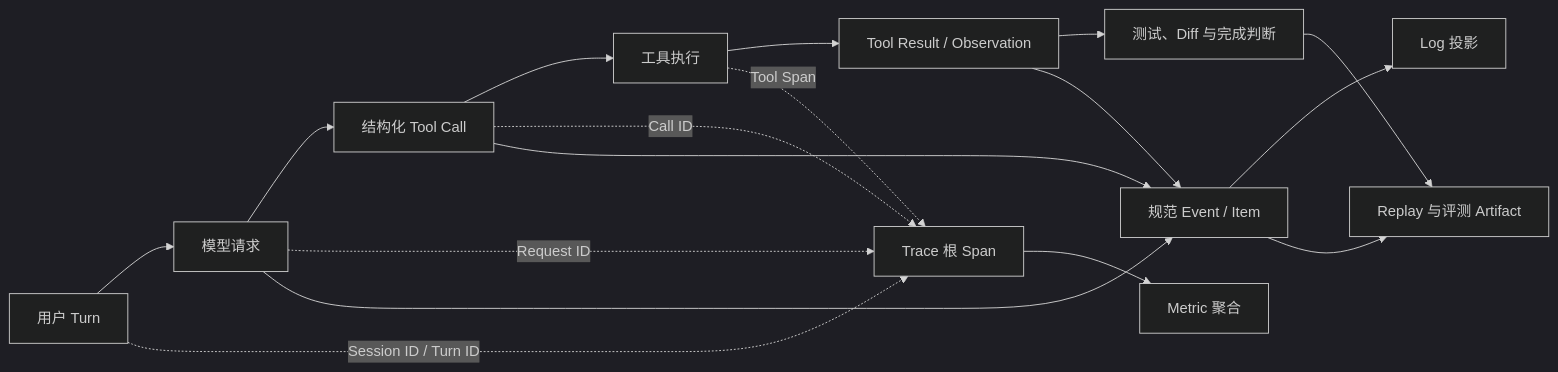
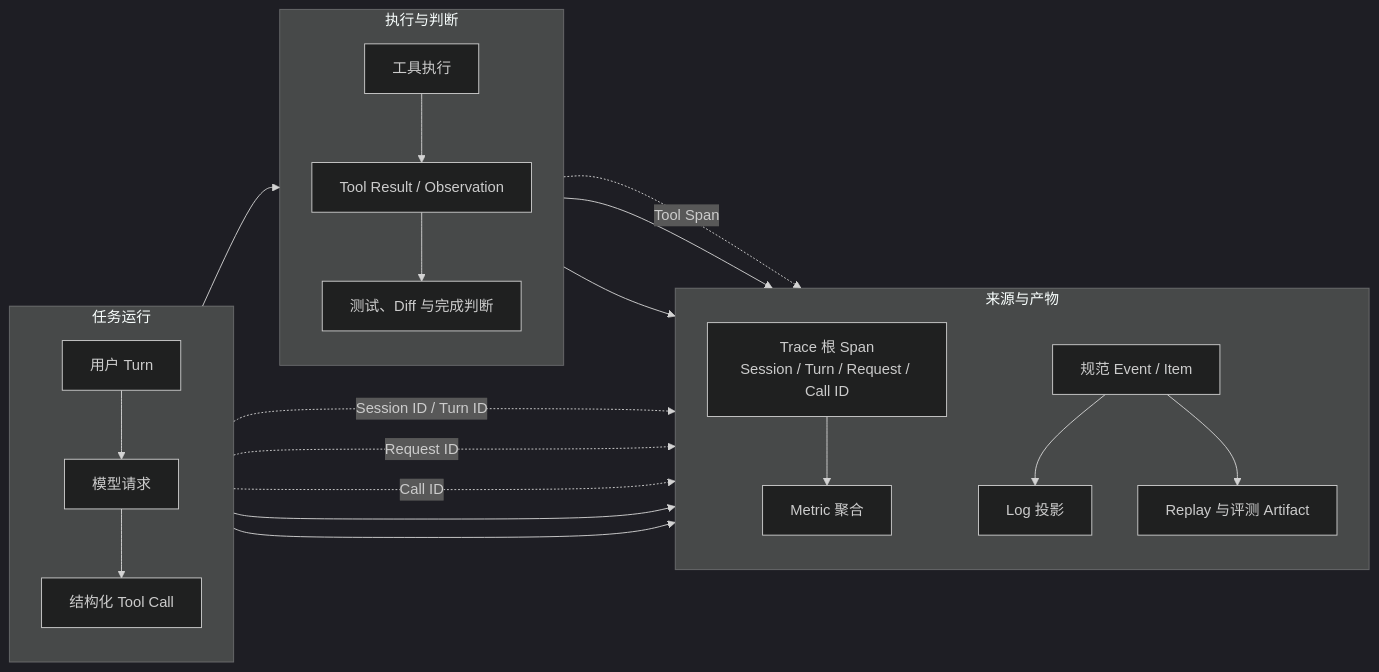
The first of 2 diagrams in docs/harness-survey/19_observability_evaluation_and_replay.md (specialpointcentral/harness), drawn with Mermaid (dark theme) before and after one commit. The commit also changed 18 other files, not shown here.

First line of the commit message:
docs: improve diagram layouts and tidy supporting files

````diff
--- a/docs/harness-survey/19_observability_evaluation_and_replay.md
+++ b/docs/harness-survey/19_observability_evaluation_and_replay.md
@@ -40,21 +40,35 @@
 ```mermaid
 flowchart LR
-  U[用户 Turn] --> M[模型请求]
-  M --> C[结构化 Tool Call]
-  C --> X[工具执行]
-  X --> R[Tool Result / Observation]
-  R --> V[测试、Diff 与完成判断]
-
-  U -. Session ID / Turn ID .-> T[Trace 根 Span]
-  M -. Request ID .-> T
-  C -. Call ID .-> T
-  X -. Tool Span .-> T
-
-  M --> E[规范 Event / Item]
+  subgraph RUNTIME[任务运行]
+    direction TB
+    U[用户 Turn]
+    M[模型请求]
+    C[结构化 Tool Call]
+  end
+  subgraph EXEC[执行与判断]
+    direction TB
+    X[工具执行]
+    R[Tool Result / Observation]
+    V[测试、Diff 与完成判断]
+  end
+  subgraph PROV[来源与产物]
+    direction TB
+    T[Trace 根 Span<br/>Session / Turn / Request / Call ID]
+    E[规范 Event / Item]
+    L[Log 投影]
+    Q[Metric 聚合]
+    A[Replay 与评测 Artifact]
+  end
+  U --> M --> C --> X --> R --> V
+  U -.Session ID / Turn ID.-> T
+  M -.Request ID.-> T
+  C -.Call ID.-> T
+  X -.Tool Span.-> T
+  M --> E
   C --> E
   R --> E
-  E --> L[Log 投影]
-  T --> Q[Metric 聚合]
-  E --> A[Replay 与评测 Artifact]
+  E --> L
+  T --> Q
+  E --> A
   V --> A
 ```
````
